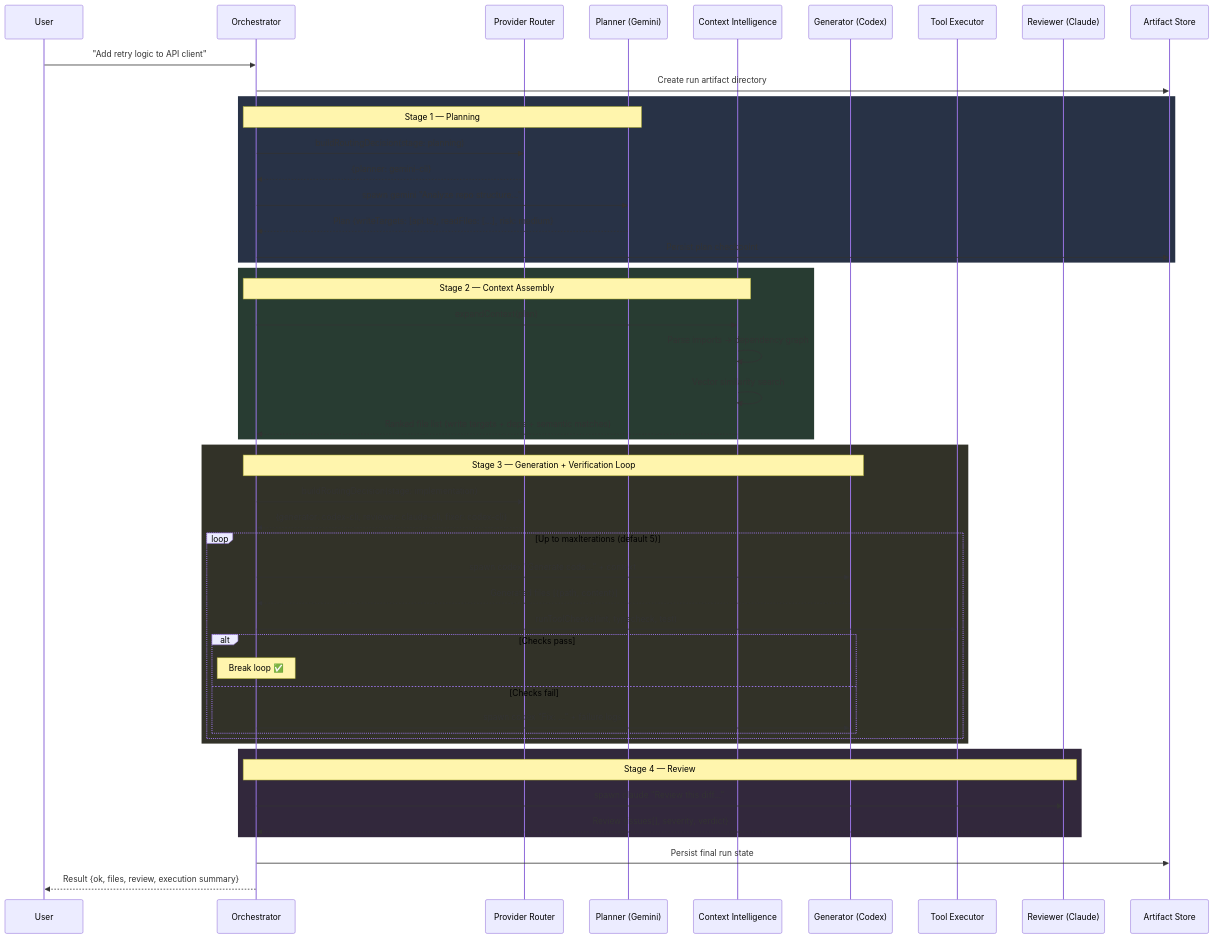
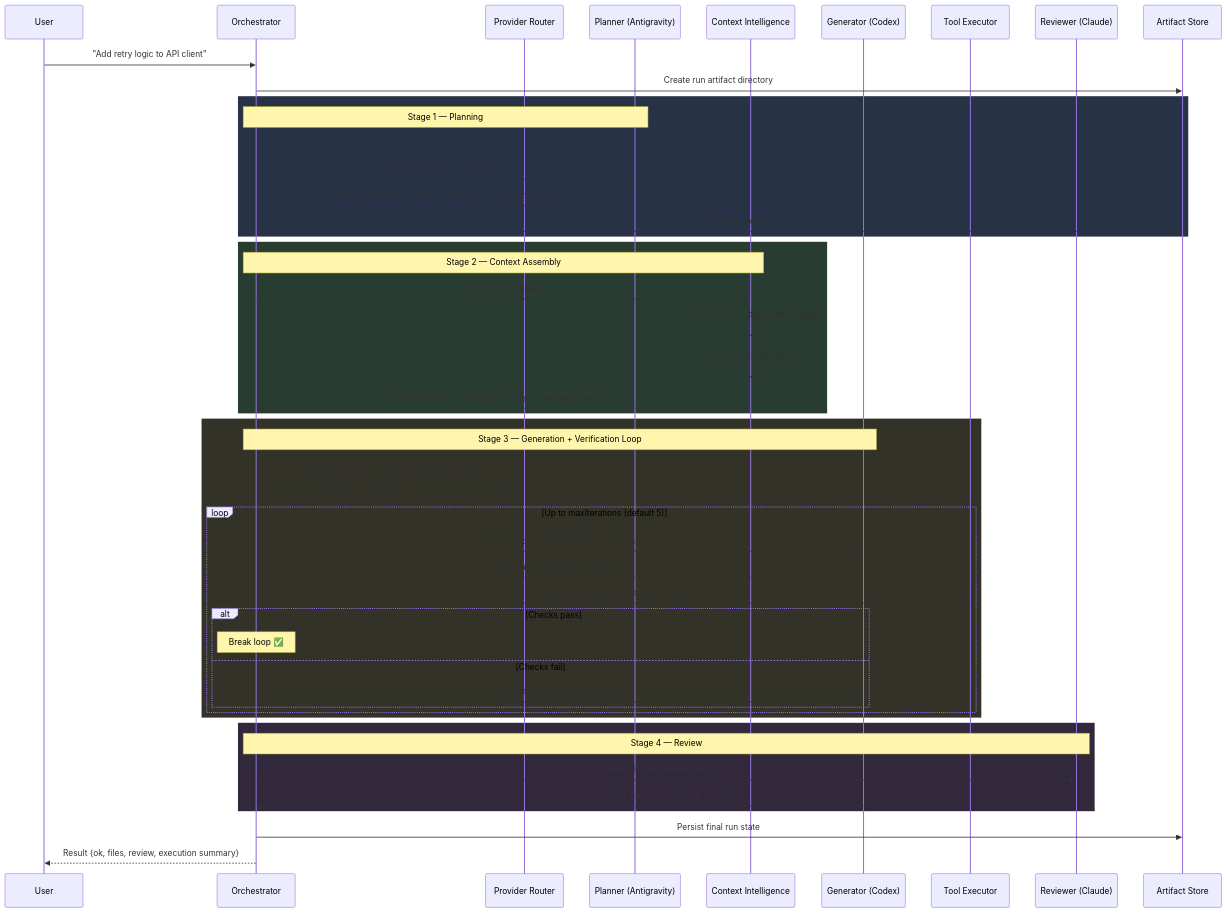
Before and after one commit to nghiant96/Orchestra-AI-Platform: the second of 4 diagrams in docs/ARCHITECTURE.md, drawn with Mermaid. The commit also changed other lines of this file and 31 other files, not shown here.

Commit message:
refactor: rename gemini-cli provider to agy-cli across configurations, documentation, and tests

````diff
--- a/docs/ARCHITECTURE.md
+++ b/docs/ARCHITECTURE.md
@@ -78,58 +78,57 @@
 ```mermaid
 sequenceDiagram
     participant U as User
     participant O as Orchestrator
     participant R as Provider Router
-    participant P as Planner (Gemini)
+    participant P as Planner (Antigravity)
     participant CI as Context Intelligence
     participant G as Generator (Codex)
     participant T as Tool Executor
     participant RV as Reviewer (Claude)
     participant A as Artifact Store
 
     U->>O: "Add retry logic to API client"
     O->>A: Create run artifact directory
 
     rect rgb(40, 50, 70)
         Note over O,P: Stage 1 — Planning
-        O->>R: buildRoutingDecision(stage: planning)
-        R-->>O: {planner: gemini-cli}
-        O->>P: spawn gemini "Analyze repo structure..."
+        R-->>O: {planner: agy-cli}
+        O->>P: spawn agy "Analyze repo structure..."
         P-->>O: Plan {writeTargets: [api.ts], readFiles: [...], risk: medium}
         O->>A: Persist plan checkpoint
     end
 
     rect rgb(40, 60, 50)
         Note over O,CI: Stage 2 — Context Assembly
         O->>CI: expandContext(plan)
         CI->>CI: Parse imports → dependency graph
         CI->>CI: Vector similarity search
         CI-->>O: Ranked file list (write targets + deps + semantic matches)
     end
 
     rect rgb(50, 50, 40)
         Note over O,G: Stage 3 — Generation + Verification Loop
         O->>R: buildRoutingDecision(stage: implementation)
         R-->>O: {generator: codex-cli, reviewer: claude-cli, fixer: codex-cli}
 
         loop Up to maxIterations (default 5)
             O->>G: spawn codex "Generate code..." + context
             G-->>O: Generated files [{path, content}]
             O->>T: runToolChecks(lint, typecheck, test)
             alt Checks pass
                 Note over O: Break loop ✅
             else Checks fail
                 O->>G: spawn codex "Fix: ..." + failure logs
             end
         end
     end
 
     rect rgb(50, 40, 60)
         Note over O,RV: Stage 4 — Review
         O->>RV: spawn claude "Review this diff..."
         RV-->>O: Review {issues[], severity, verdict}
     end
 
     O->>A: Persist final run state
     O-->>U: Result {ok, files, review, execution summary}
 ```
````
